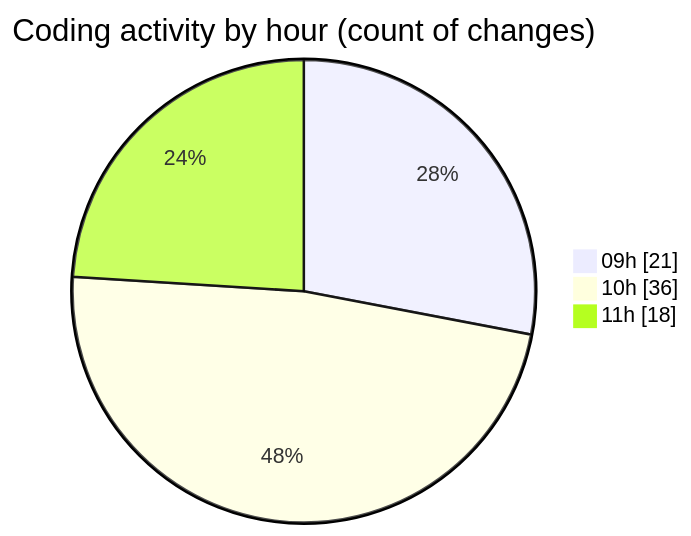
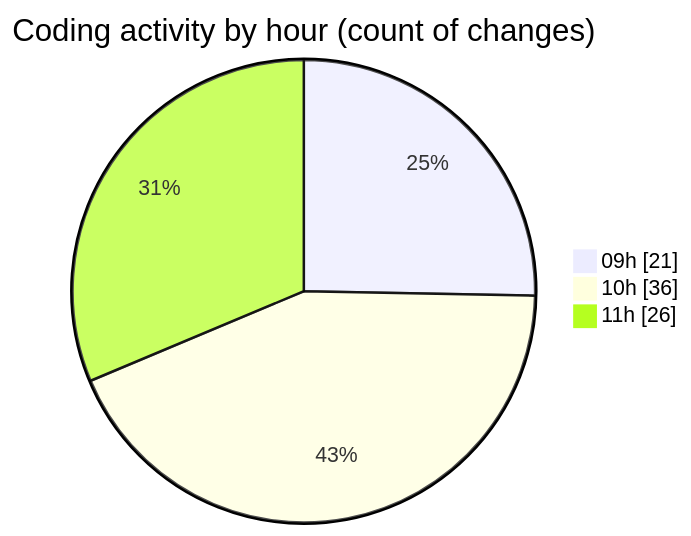
Before and after one commit to momahboobian/code-tracking: the second of 2 diagrams in 2025-09-09/cda/README.md, drawn with Mermaid. The commit also changed other lines of this file and 1 other file, not shown here.

````diff
--- a/2025-09-09/cda/README.md
+++ b/2025-09-09/cda/README.md
@@ -74,7 +80,7 @@
 ```mermaid
 pie showData
 title Coding activity by hour (count of changes)
 "09h" : 21
 "10h" : 36
-"11h" : 18
+"11h" : 26
 ```
````
